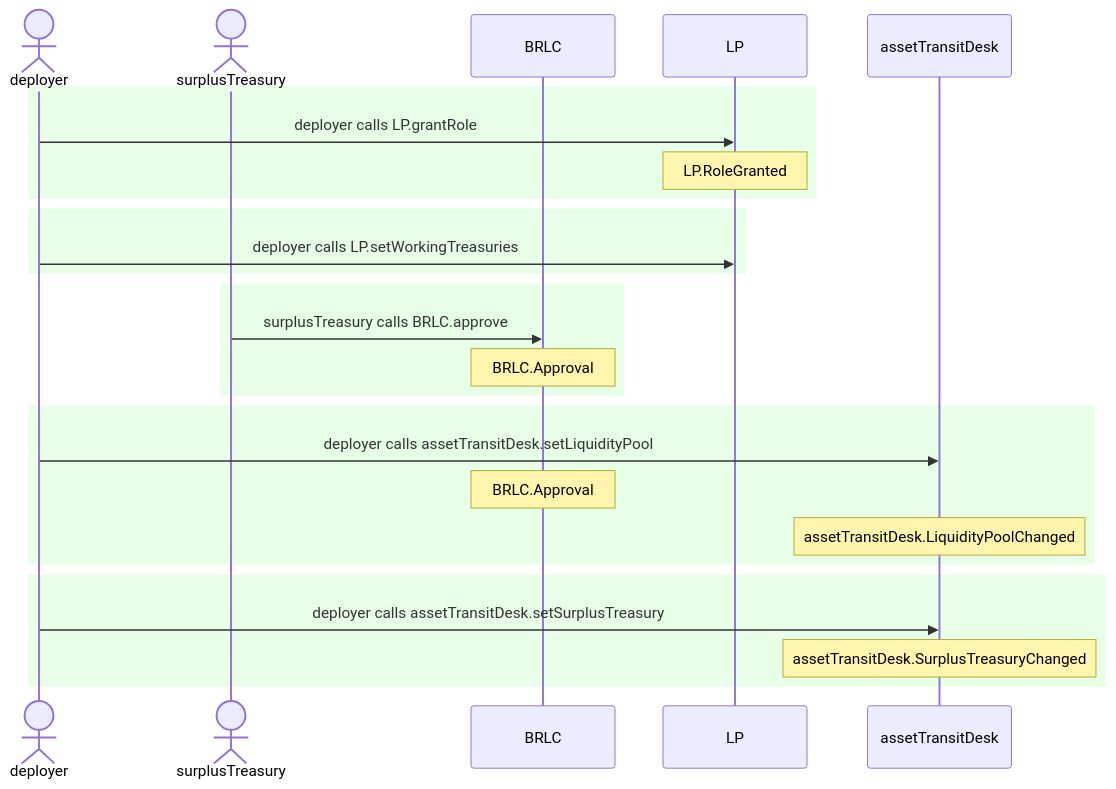
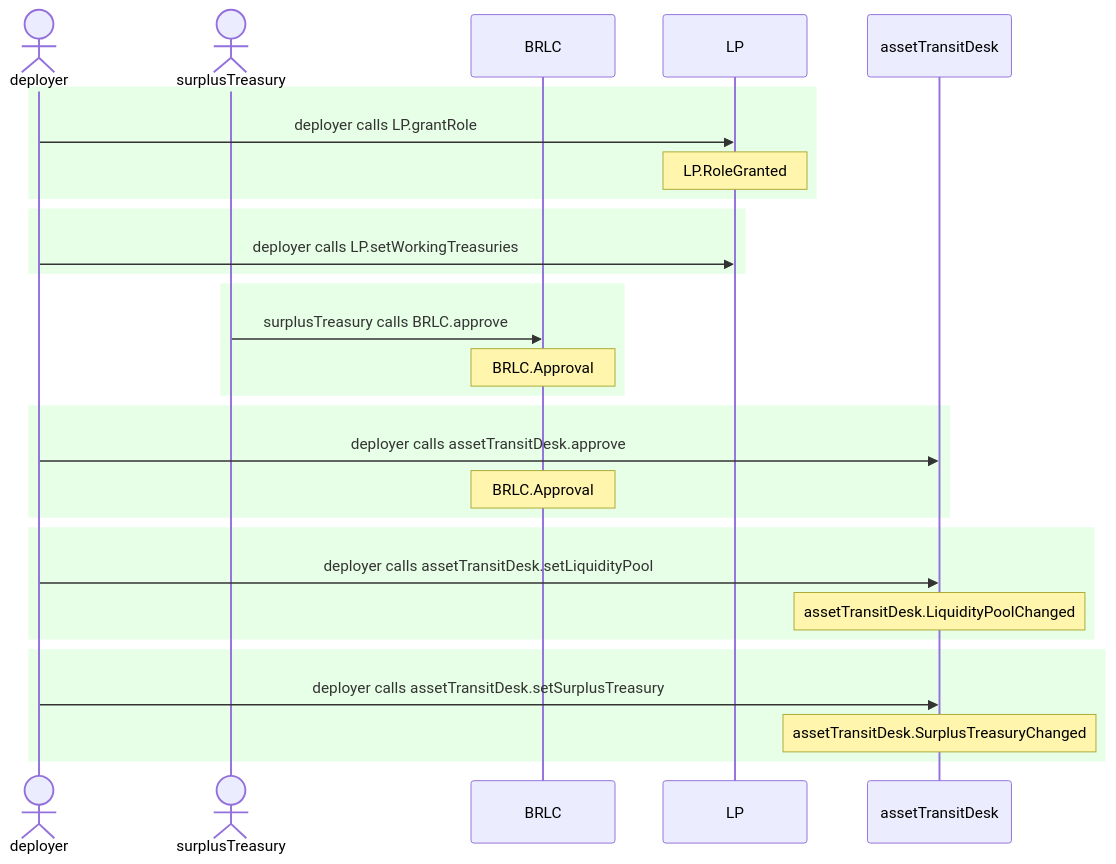
One commit to cloudwalk/brlc-asset-transit-desk changed the second of 2 diagrams in test/__snapshots__humans__/AssetTransitDesk.test.md. Above: the diagram before and after it, drawn with Mermaid. The commit also changed other lines of this file and 4 other files, not shown here.

````diff
--- a/test/__snapshots__humans__/AssetTransitDesk.test.md
+++ b/test/__snapshots__humans__/AssetTransitDesk.test.md
@@ -121,28 +122,31 @@
 ```mermaid
 sequenceDiagram
   actor deployer
   actor surplusTreasury
   participant BRLC
   participant LP
   participant assetTransitDesk
   rect rgb(230,255,230)
     deployer->>LP: deployer calls LP.grantRole
     Note over LP: LP.RoleGranted
   end
   rect rgb(230,255,230)
     deployer->>LP: deployer calls LP.setWorkingTreasuries
   end
   rect rgb(230,255,230)
     surplusTreasury->>BRLC: surplusTreasury calls BRLC.approve
     Note over BRLC: BRLC.Approval
   end
   rect rgb(230,255,230)
+    deployer->>assetTransitDesk: deployer calls assetTransitDesk.approve
+    Note over BRLC: BRLC.Approval
+  end
+  rect rgb(230,255,230)
     deployer->>assetTransitDesk: deployer calls assetTransitDesk.setLiquidityPool
-    Note over BRLC: BRLC.Approval
     Note over assetTransitDesk: assetTransitDesk.LiquidityPoolChanged
   end
   rect rgb(230,255,230)
     deployer->>assetTransitDesk: deployer calls assetTransitDesk.setSurplusTreasury
     Note over assetTransitDesk: assetTransitDesk.SurplusTreasuryChanged
   end
 ```
````
